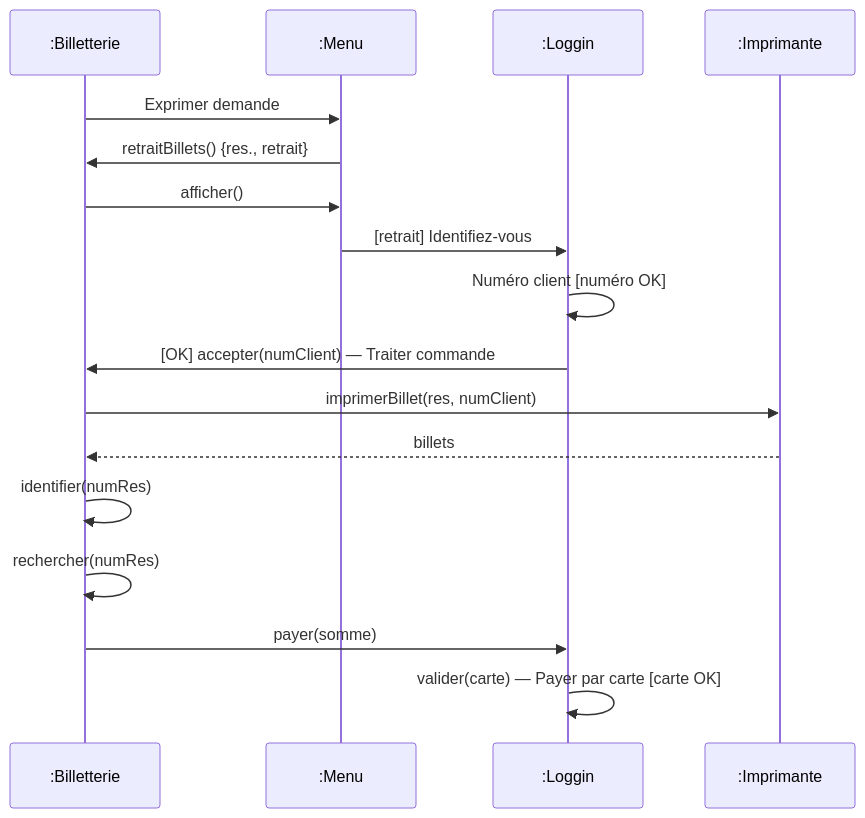
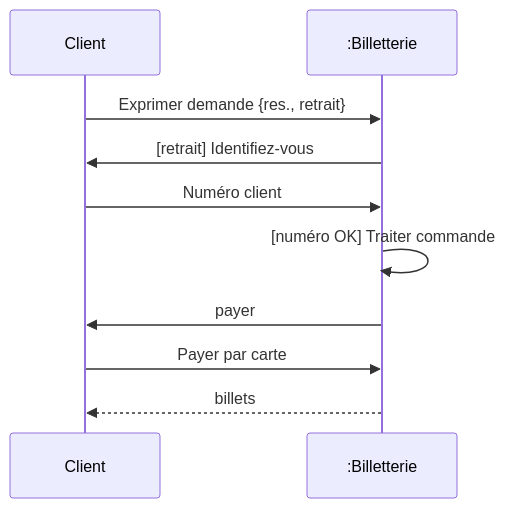
Before and after one commit to Yahya8bit/ensi-survival-kit: diagram 15 of 30 in docs/Year 2/Semester 1/ACOO/Cours/acoo-analyse-modele-dynamique.md, drawn with Mermaid. The commit also changed other lines of this file, not shown here.

````diff
--- a/docs/Year 2/Semester 1/ACOO/Cours/acoo-analyse-modele-dynamique.md
+++ b/docs/Year 2/Semester 1/ACOO/Cours/acoo-analyse-modele-dynamique.md
@@ -448,19 +464,12 @@
 ```mermaid
 sequenceDiagram
-    participant Billetterie as :Billetterie
-    participant Menu as :Menu
-    participant Loggin as :Loggin
-    participant Imprimante as :Imprimante
-    Billetterie->>Menu: Exprimer demande
-    Menu->>Billetterie: retraitBillets() {res., retrait}
-    Billetterie->>Menu: afficher()
-    Menu->>Loggin: [retrait] Identifiez-vous
-    Loggin->>Loggin: Numéro client [numéro OK]
-    Loggin->>Billetterie: [OK] accepter(numClient) — Traiter commande
-    Billetterie->>Imprimante: imprimerBillet(res, numClient)
-    Imprimante-->>Billetterie: billets
-    Billetterie->>Billetterie: identifier(numRes)
-    Billetterie->>Billetterie: rechercher(numRes)
-    Billetterie->>Loggin: payer(somme)
-    Loggin->>Loggin: valider(carte) — Payer par carte [carte OK]
+    participant client as Client
+    participant billetterie as :Billetterie
+    client->>billetterie: Exprimer demande {res., retrait}
+    billetterie->>client: [retrait] Identifiez-vous
+    client->>billetterie: Numéro client
+    billetterie->>billetterie: [numéro OK] Traiter commande
+    billetterie->>client: payer
+    client->>billetterie: Payer par carte
+    billetterie-->>client: billets
 ```
````
